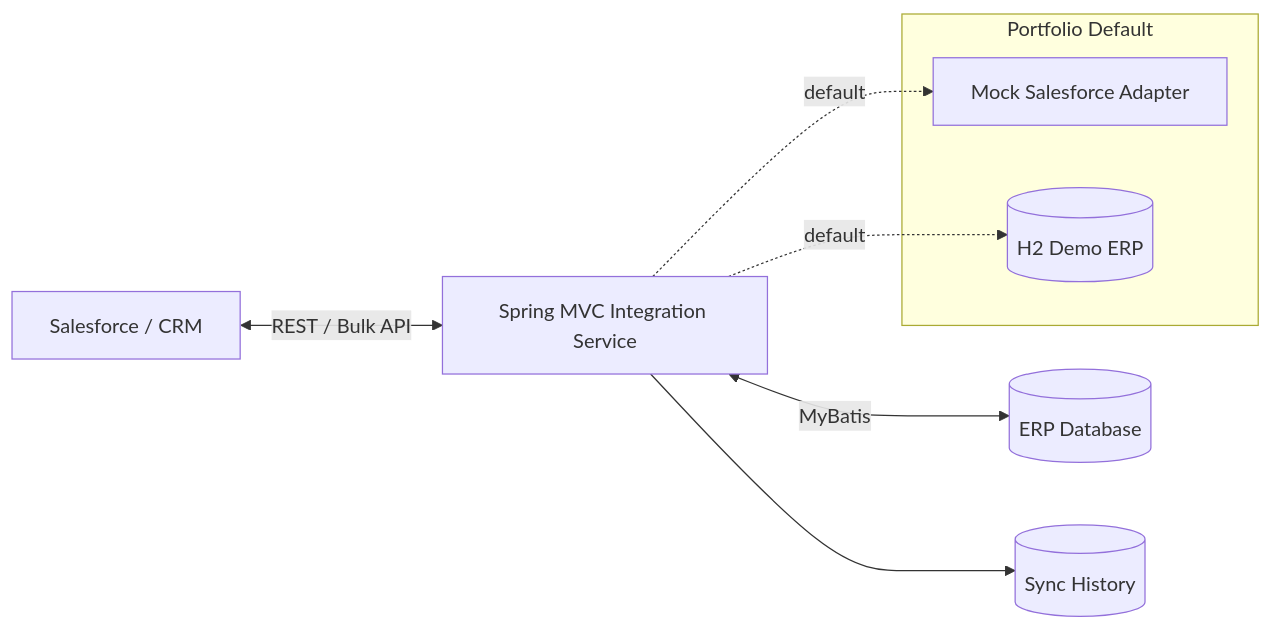
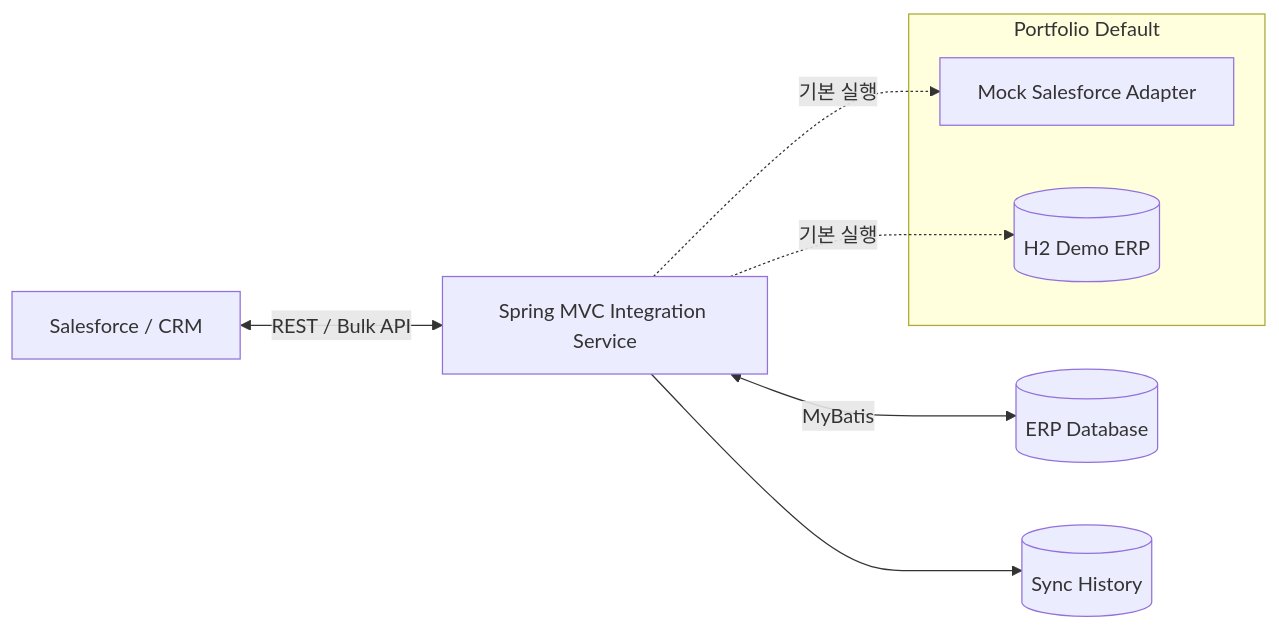
One commit to bokay0524/erp-salesforce-integration changed the first of 4 diagrams in README.md. Above: the diagram before and after it, drawn with Mermaid. The commit also changed other lines of this file, not shown here.

````diff
--- a/README.md
+++ b/README.md
@@ -21,14 +21,14 @@
 ```mermaid
 flowchart LR
     CRM[Salesforce / CRM] <-->|REST / Bulk API| APP[Spring MVC Integration Service]
     APP <-->|MyBatis| ERP[(ERP Database)]
     APP --> HIST[(Sync History)]
 
     subgraph Portfolio Default
       MOCK[Mock Salesforce Adapter]
       H2[(H2 Demo ERP)]
     end
 
-    APP -. default .-> MOCK
-    APP -. default .-> H2
+    APP -. 기본 실행 .-> MOCK
+    APP -. 기본 실행 .-> H2
 ```
````
